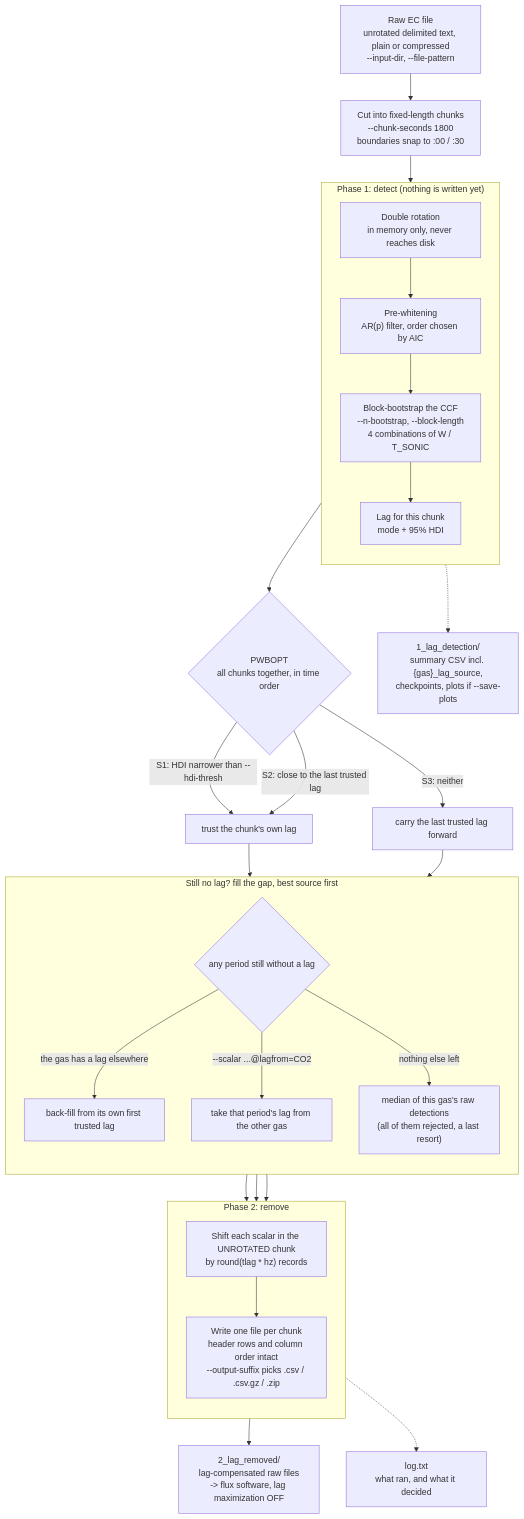
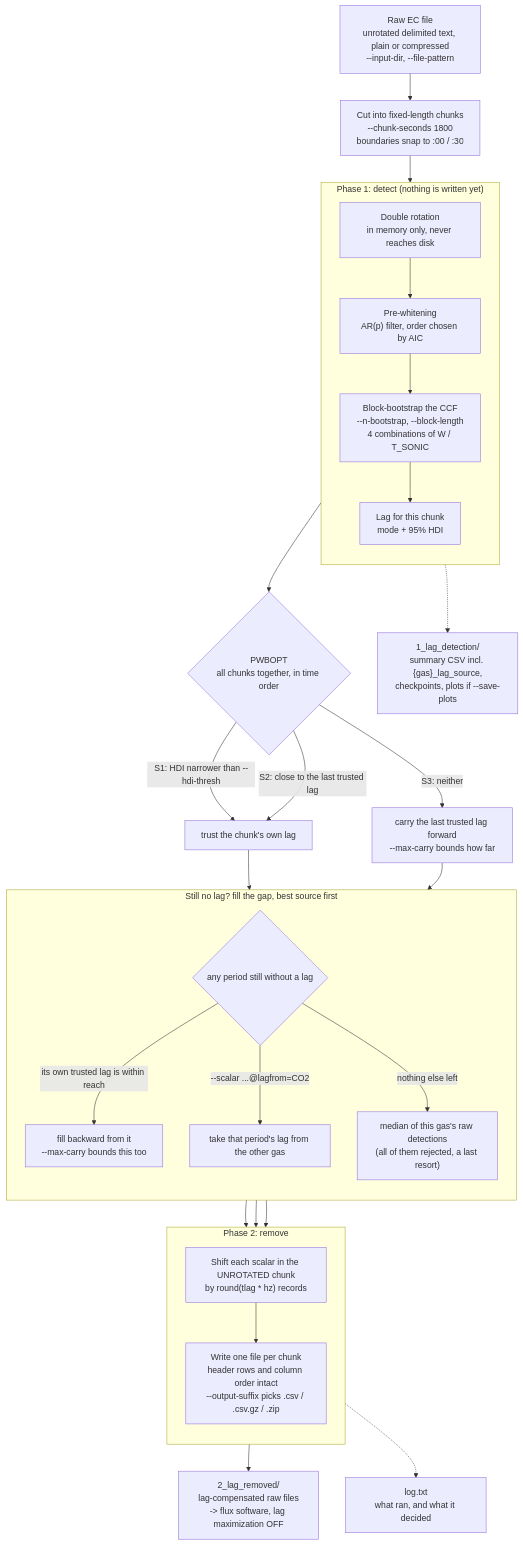
The diagram in README.md (holukas/dyco), drawn with Mermaid before and after one commit. The commit also changed other lines of this file and 2 other files, not shown here.

First line of the commit message:
docs: document the lag decision chain

````diff
--- a/README.md
+++ b/README.md
@@ -119,47 +124,47 @@
 ```mermaid
 flowchart TD
     RAW["Raw EC file<br/>unrotated delimited text, plain or compressed<br/>--input-dir, --file-pattern"]
     RAW --> SPLIT["Cut into fixed-length chunks<br/>--chunk-seconds 1800<br/>boundaries snap to :00 / :30"]
 
     subgraph P1["Phase 1: detect (nothing is written yet)"]
         direction TB
         ROT["Double rotation<br/>in memory only, never reaches disk"]
         PW["Pre-whitening<br/>AR(p) filter, order chosen by AIC"]
         BS["Block-bootstrap the CCF<br/>--n-bootstrap, --block-length<br/>4 combinations of W / T_SONIC"]
         EST["Lag for this chunk<br/>mode + 95% HDI"]
         ROT --> PW --> BS --> EST
     end
 
     SPLIT --> ROT
 
     EST --> OPT{"PWBOPT<br/>all chunks together, in time order"}
     OPT -->|"S1: HDI narrower than --hdi-thresh"| KEEP["trust the chunk's own lag"]
     OPT -->|"S2: close to the last trusted lag"| KEEP
-    OPT -->|"S3: neither"| SUB["carry the last trusted lag forward"]
+    OPT -->|"S3: neither"| SUB["carry the last trusted lag forward<br/>--max-carry bounds how far"]
 
     KEEP --> GAP
     SUB --> GAP
 
     subgraph P3["Still no lag? fill the gap, best source first"]
         direction TB
         GAP{"any period still without a lag"}
-        GAP -->|"the gas has a lag elsewhere"| BFILL["back-fill from its own first trusted lag"]
+        GAP -->|"its own trusted lag is within reach"| BFILL["fill backward from it<br/>--max-carry bounds this too"]
         GAP -->|"--scalar ...@lagfrom=CO2"| DONOR["take that period's lag from the other gas"]
         GAP -->|"nothing else left"| MED["median of this gas's raw detections<br/>(all of them rejected, a last resort)"]
     end
 
     BFILL --> APPLY
     DONOR --> APPLY
     MED --> APPLY
 
     subgraph P2["Phase 2: remove"]
         direction TB
         APPLY["Shift each scalar in the UNROTATED chunk<br/>by round(tlag * hz) records"]
         WRITE["Write one file per chunk<br/>header rows and column order intact<br/>--output-suffix picks .csv / .csv.gz / .zip"]
         APPLY --> WRITE
     end
 
     WRITE --> OUT["2_lag_removed/<br/>lag-compensated raw files<br/>-> flux software, lag maximization OFF"]
     EST -.-> CSV["1_lag_detection/<br/>summary CSV incl. {gas}_lag_source,<br/>checkpoints, plots if --save-plots"]
     WRITE -.-> LOG["log.txt<br/>what ran, and what it decided"]
 ```
````
